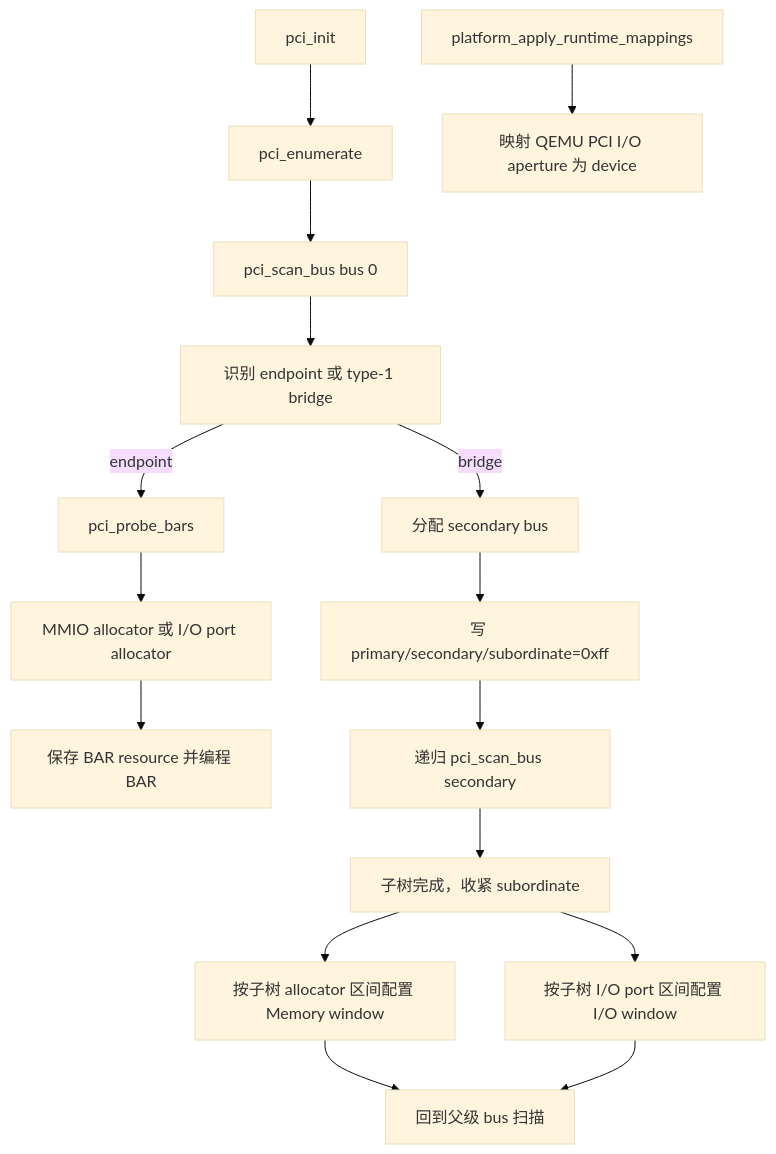
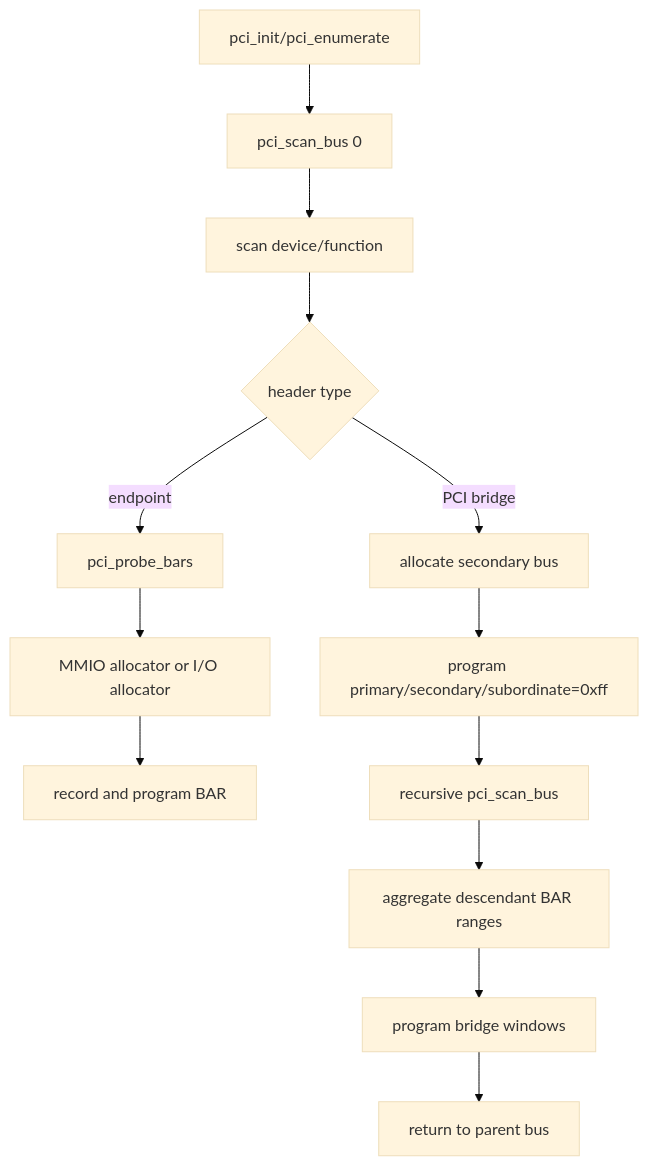
Before and after one commit to huangtan203/avisor: the first of 4 diagrams in docs/Phase108_PCI桥递归枚举与IO_BAR分配_详细设计文档.md, drawn with Mermaid (base theme). The commit also changed other lines of this file, not shown here.

Commit message:
docs(pci): rebuild Phase 108 bridge design

````diff
--- a/docs/Phase108_PCI桥递归枚举与IO_BAR分配_详细设计文档.md
+++ b/docs/Phase108_PCI桥递归枚举与IO_BAR分配_详细设计文档.md
@@ -15,18 +23,15 @@
 ```mermaid
 flowchart TD
-    A[pci_init] --> B[pci_enumerate]
-    B --> C[pci_scan_bus bus 0]
-    C --> D[识别 endpoint 或 type-1 bridge]
+    A[pci_init/pci_enumerate] --> B[pci_scan_bus 0]
+    B --> C[scan device/function]
+    C --> D{header type}
     D -->|endpoint| E[pci_probe_bars]
-    E --> F[MMIO allocator 或 I/O port allocator]
-    F --> G[保存 BAR resource 并编程 BAR]
-    D -->|bridge| H[分配 secondary bus]
-    H --> I[写 primary/secondary/subordinate=0xff]
-    I --> J[递归 pci_scan_bus secondary]
-    J --> K[子树完成，收紧 subordinate]
-    K --> L[按子树 allocator 区间配置 Memory window]
-    K --> M[按子树 I/O port 区间配置 I/O window]
-    L --> N[回到父级 bus 扫描]
-    M --> N
-    O[platform_apply_runtime_mappings] --> P[映射 QEMU PCI I/O aperture 为 device]
+    E --> F[MMIO allocator or I/O allocator]
+    F --> G[record and program BAR]
+    D -->|PCI bridge| H[allocate secondary bus]
+    H --> I[program primary/secondary/subordinate=0xff]
+    I --> J[recursive pci_scan_bus]
+    J --> K[aggregate descendant BAR ranges]
+    K --> L[program bridge windows]
+    L --> M[return to parent bus]
 ```
````
